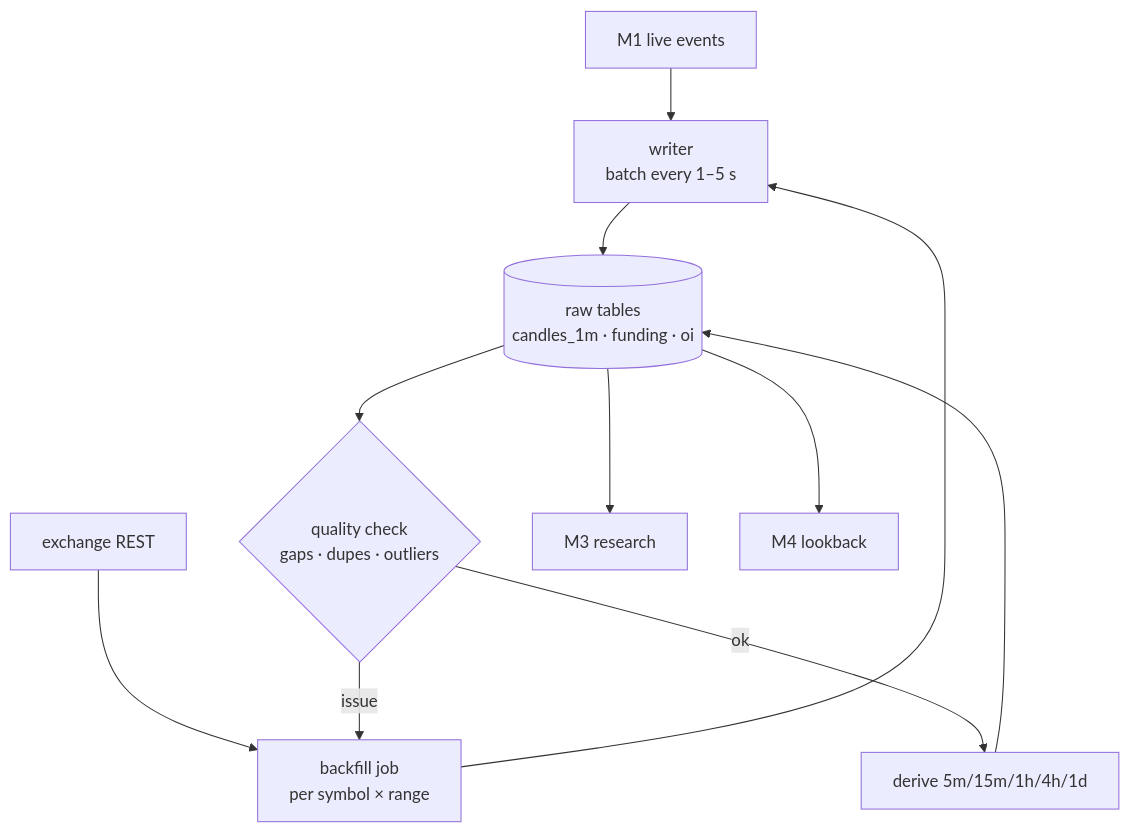
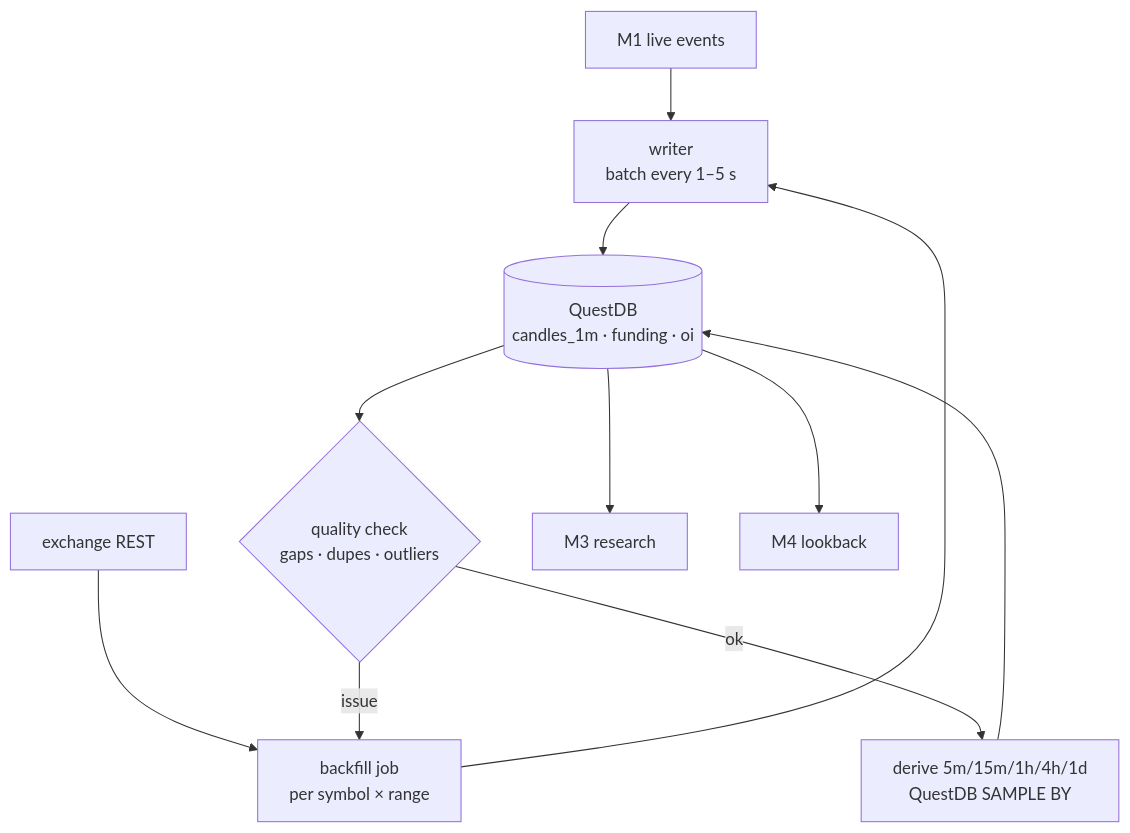
The diagram in docs/product/modules/M2-data-store.md (ADITYAGPT11/crypto_dashboard), drawn with Mermaid before and after one commit. The commit also changed other lines of this file and 4 other files, not shown here.

````diff
--- a/docs/product/modules/M2-data-store.md
+++ b/docs/product/modules/M2-data-store.md
@@ -13,13 +13,13 @@
 ```mermaid
 flowchart TB
   LIVE["M1 live events"] --> W["writer<br/>batch every 1–5 s"]
   REST["exchange REST"] --> BFJ["backfill job<br/>per symbol × range"]
   BFJ --> W
-  W --> RAW[("raw tables<br/>candles_1m · funding · oi")]
+  W --> RAW[("QuestDB<br/>candles_1m · funding · oi")]
   RAW --> QC{"quality check<br/>gaps · dupes · outliers"}
   QC -- issue --> BFJ
-  QC -- ok --> AGG["derive 5m/15m/1h/4h/1d"]
+  QC -- ok --> AGG["derive 5m/15m/1h/4h/1d<br/>QuestDB SAMPLE BY"]
   AGG --> RAW
   RAW --> M3["M3 research"]
   RAW --> M4["M4 lookback"]
 ```
````
